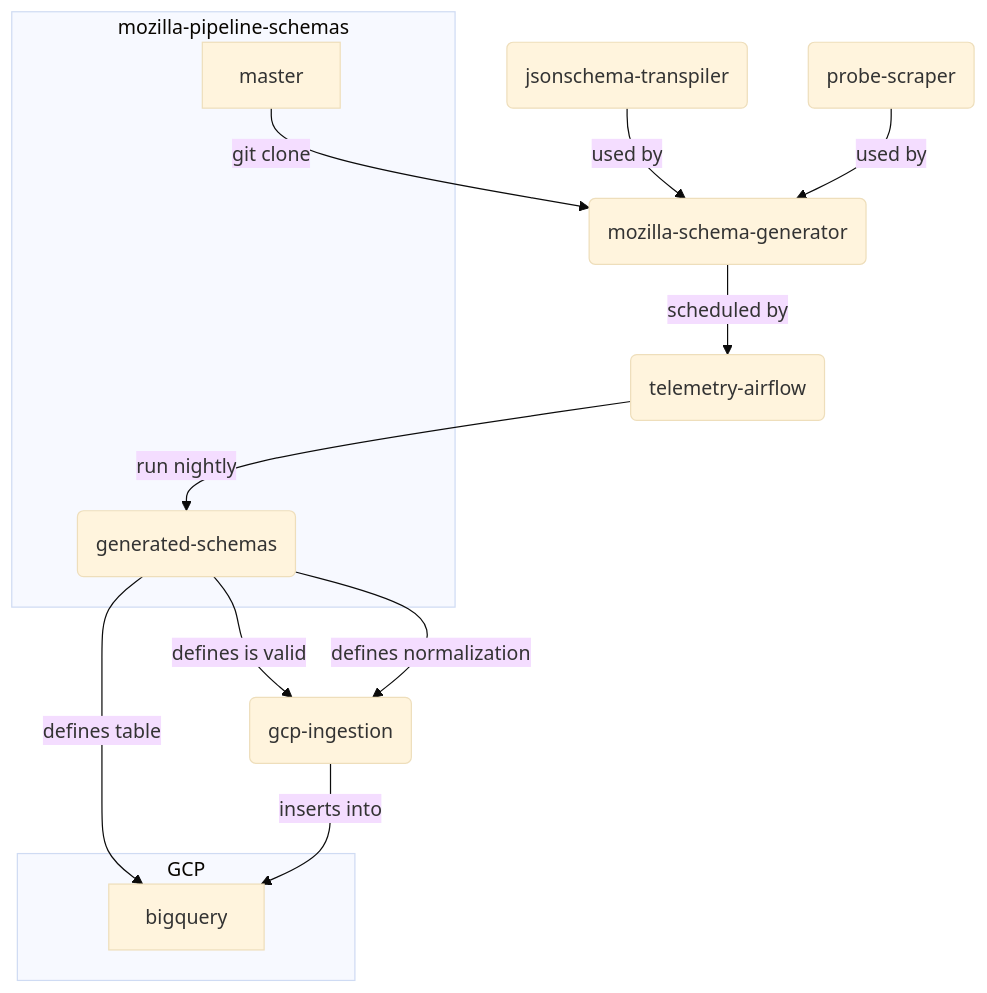
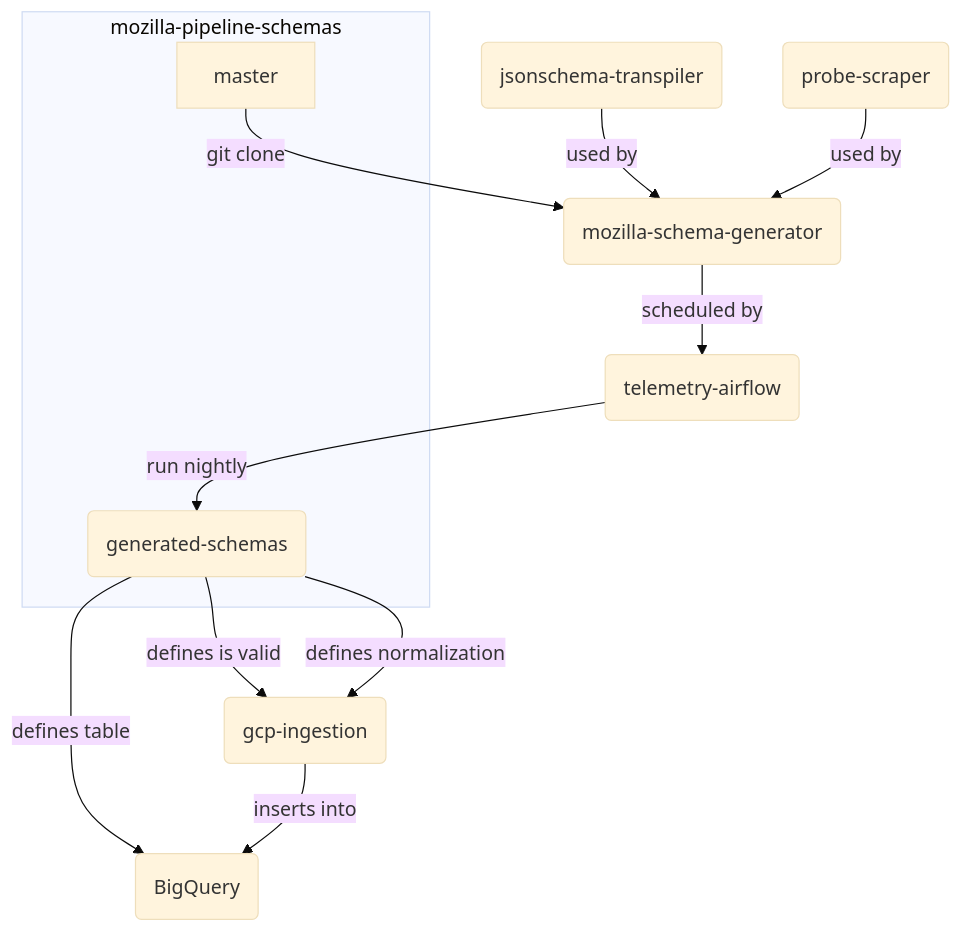
Before and after one commit to mozilla/data-docs: the first of 5 diagrams in src/concepts/pipeline/schemas.md, drawn with Mermaid (base theme). The commit also changed other lines of this file, not shown here.

````diff
--- a/src/concepts/pipeline/schemas.md
+++ b/src/concepts/pipeline/schemas.md
@@ -14,43 +14,39 @@
 ```mermaid
 graph TD
 
 %% Nodes
-subgraph GCP
-  bigquery
-end
-
 subgraph mozilla-pipeline-schemas
   master
   schemas(generated-schemas)
 end
 
 generator(mozilla-schema-generator)
 transpiler(jsonschema-transpiler)
 probe-info(probe-scraper)
+airflow(telemetry-airflow)
 ingestion(gcp-ingestion)
-airflow(telemetry-airflow)
-
+bigquery(BigQuery)
 
 %% Node hyperlinks
 click bigquery "../../cookbooks/bigquery.html"
 click master "https://github.com/mozilla-services/mozilla-pipeline-schemas"
 click schemas "https://github.com/mozilla-services/mozilla-pipeline-schemas/tree/generated-schemas"
 click generator "https://github.com/mozilla/mozilla-schema-generator"
 click transpiler "https://github.com/mozilla/jsonschema-transpiler"
 click probe-info "https://github.com/mozilla/probe-scraper"
 click ingestion "https://mozilla.github.io/gcp-ingestion/ingestion-beam/"
 click airflow "https://github.com/mozilla/telemetry-airflow"
 
 
 %% Edges
 master --> |git clone| generator
 transpiler --> |used by| generator
 probe-info --> |used by| generator
 generator --> |scheduled by| airflow
 airflow --> |run nightly| schemas
 
 schemas --> |defines table| bigquery
 schemas --> |defines is valid| ingestion
 schemas --> |defines normalization| ingestion
 ingestion --> |inserts into| bigquery
 ```
````
